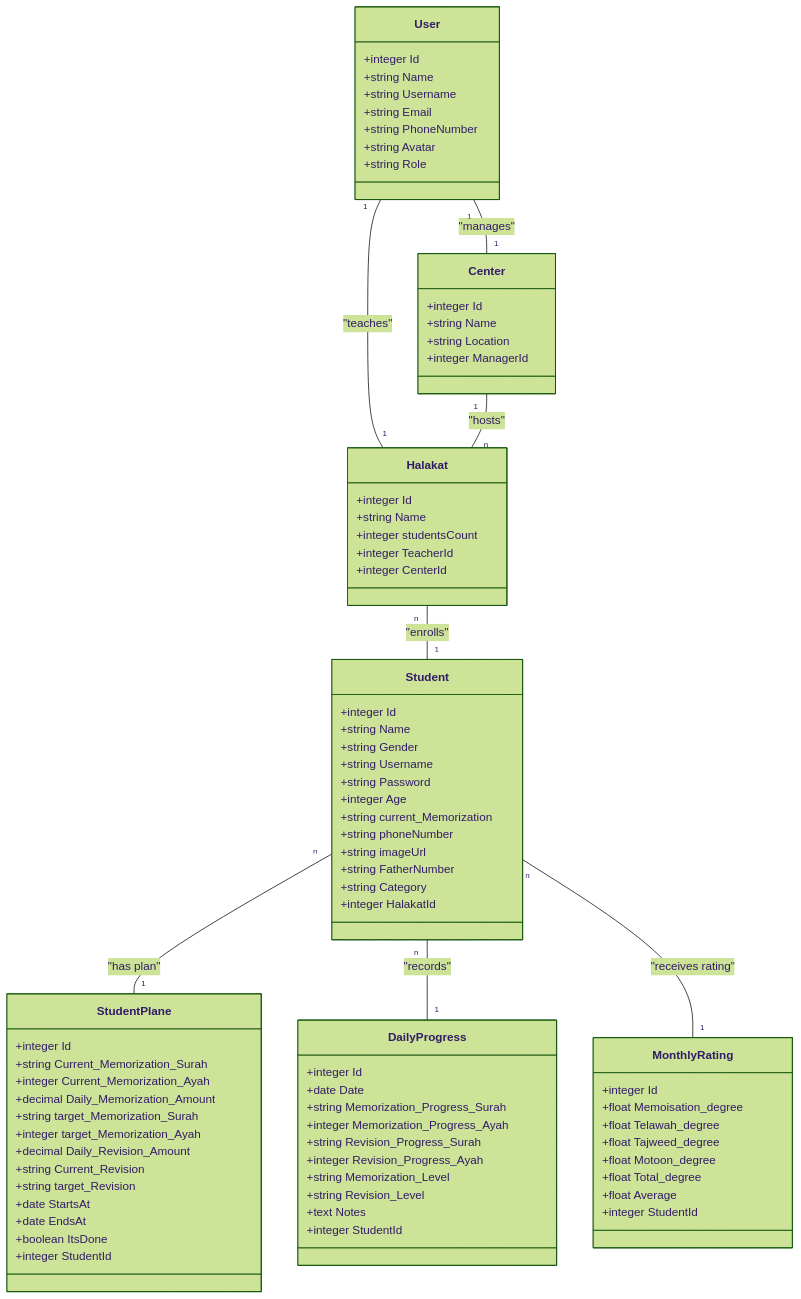
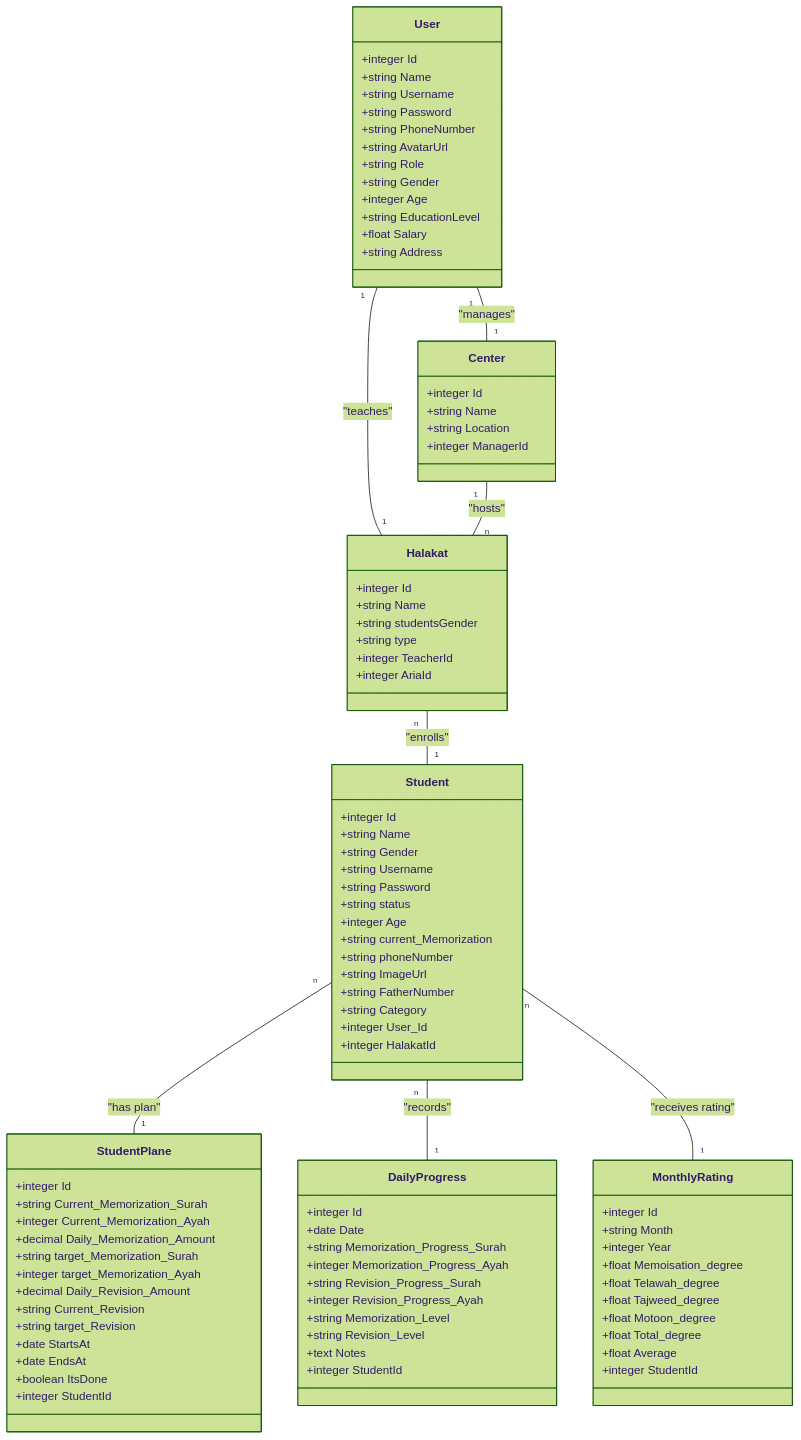
Before and after one commit to Mreng78/khirocom_project: the second of 4 diagrams in .qoder/repowiki/en/content/Feature Modules/Student Management.md, drawn with Mermaid (forest theme). The commit also changed other lines of this file and 10 other files, not shown here.

```diff
--- a/.qoder/repowiki/en/content/Feature Modules/Student Management.md
+++ b/.qoder/repowiki/en/content/Feature Modules/Student Management.md
@@ -90,10 +93,15 @@
 +integer Id
 +string Name
 +string Username
-+string Email
++string Password
 +string PhoneNumber
-+string Avatar
++string AvatarUrl
 +string Role
++string Gender
++integer Age
++string EducationLevel
++float Salary
++string Address
 }
 class Center {
 +integer Id
@@ -104,9 +112,10 @@
 class Halakat {
 +integer Id
 +string Name
-+integer studentsCount
++string studentsGender
++string type
 +integer TeacherId
-+integer CenterId
++integer AriaId
 }
 class Student {
 +integer Id
@@ -114,12 +123,14 @@
 +string Gender
 +string Username
 +string Password
++string status
 +integer Age
 +string current_Memorization
 +string phoneNumber
-+string imageUrl
++string ImageUrl
 +string FatherNumber
 +string Category
++integer User_Id
 +integer HalakatId
 }
 class StudentPlane {
@@ -151,6 +162,8 @@
 }
 class MonthlyRating {
 +integer Id
++string Month
++integer Year
 +float Memoisation_degree
 +float Telawah_degree
 +float Tajweed_degree
```
